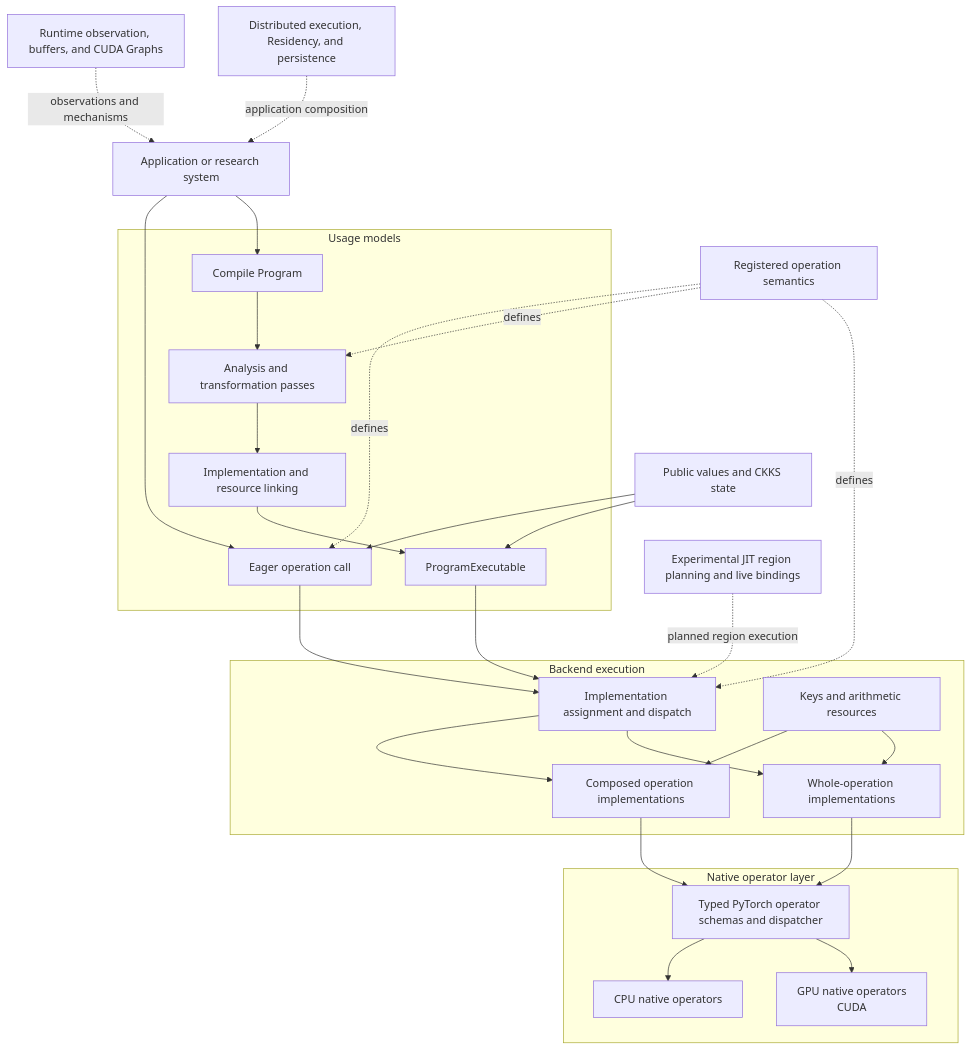
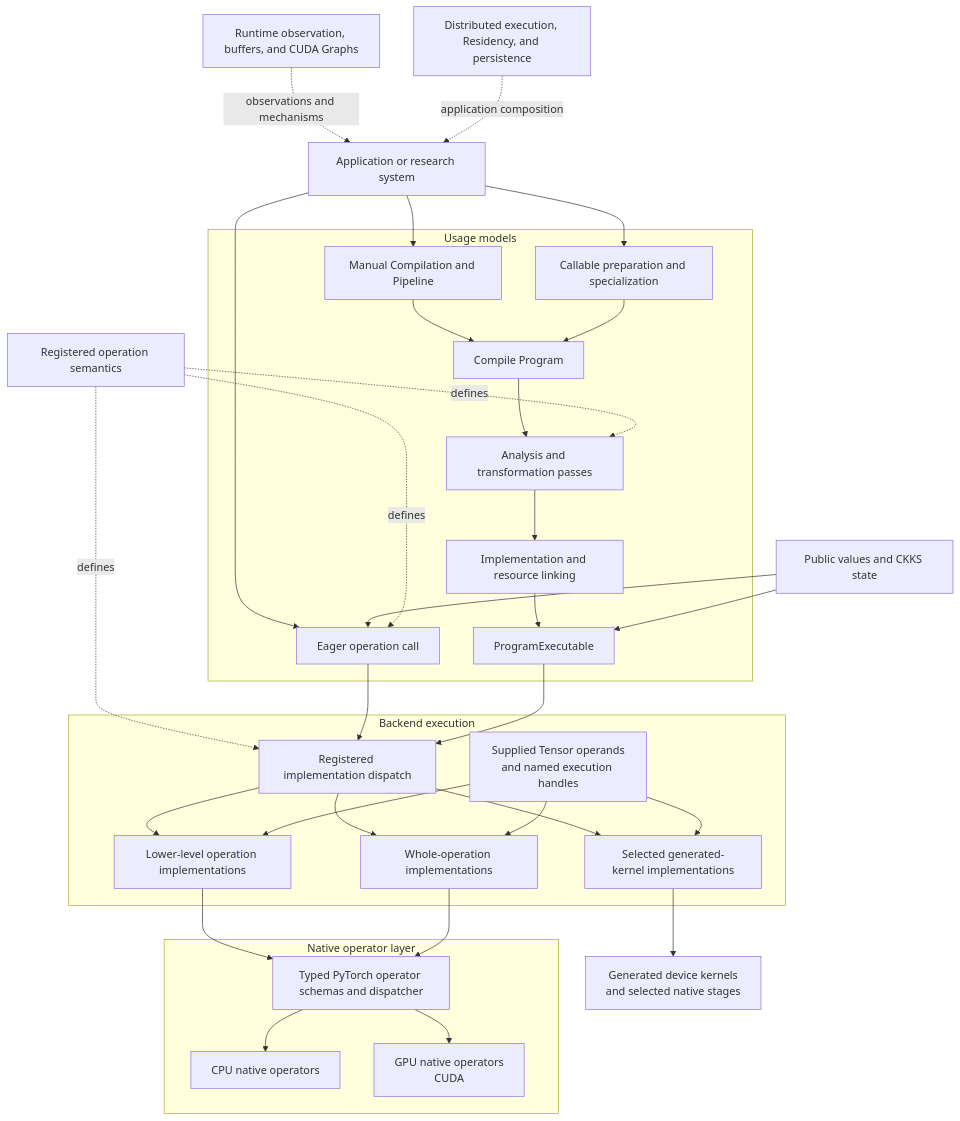
One commit to visualDust/fhelium changed the diagram in docs/concepts/architecture/system-overview.md. Above: the diagram before and after it, drawn with Mermaid. The commit also changed other lines of this file and 426 other files, not shown here.

Commit message:
Add unified compilation and JIT execution for FHElium 0.30

````diff
--- a/docs/concepts/architecture/system-overview.md
+++ b/docs/concepts/architecture/system-overview.md
@@ -12,53 +7,60 @@
 ```mermaid
 flowchart TB
     APP[Application or research system]
     VALUES[Public values and CKKS state]
     OPS[Registered operation semantics]
 
     subgraph USAGE[Usage models]
         EAGER[Eager operation call]
+        MANUAL[Manual Compilation and Pipeline]
         PROGRAM[Compile Program]
+        MANUAL --> PROGRAM
         PASSES[Analysis and transformation passes]
         LINK[Implementation and resource linking]
         EXEC[ProgramExecutable]
+        CALLABLE[Callable preparation and specialization]
+        CALLABLE --> PROGRAM
         PROGRAM --> PASSES --> LINK --> EXEC
     end
 
     subgraph BACKEND[Backend execution]
-        DISPATCH[Implementation assignment and dispatch]
-        COMPOSED[Composed operation implementations]
+        DISPATCH[Registered implementation dispatch]
+        COMPOSED[Lower-level operation implementations]
         WHOLE[Whole-operation implementations]
-        RESOURCES[Keys and arithmetic resources]
+        RESOURCES[Supplied Tensor operands<br/>and named execution handles]
+        GENERATED[Selected generated-kernel implementations]
         DISPATCH --> COMPOSED
         DISPATCH --> WHOLE
+        DISPATCH --> GENERATED
+        RESOURCES --> GENERATED
         RESOURCES --> COMPOSED
         RESOURCES --> WHOLE
     end
 
     subgraph NATIVE[Native operator layer]
         SCHEMAS[Typed PyTorch operator schemas and dispatcher]
         CPU[CPU native operators]
         GPU[GPU native operators<br/>CUDA]
         SCHEMAS --> CPU
         SCHEMAS --> GPU
     end
 
     RUNTIME[Runtime observation, buffers, and CUDA Graphs]
-    JIT[Experimental JIT region planning and live bindings]
     SYSTEMS[Distributed execution, Residency, and persistence]
 
     APP --> EAGER
-    APP --> PROGRAM
+    APP --> MANUAL
+    APP --> CALLABLE
     VALUES --> EAGER
     VALUES --> EXEC
     OPS -. defines .-> EAGER
     OPS -. defines .-> PASSES
     OPS -. defines .-> DISPATCH
     EAGER --> DISPATCH
     EXEC --> DISPATCH
     COMPOSED --> SCHEMAS
     WHOLE --> SCHEMAS
+    GENERATED --> DEVICECODE[Generated device kernels<br/>and selected native stages]
     RUNTIME -. observations and mechanisms .-> APP
-    JIT -. planned region execution .-> DISPATCH
     SYSTEMS -. application composition .-> APP
 ```
````
